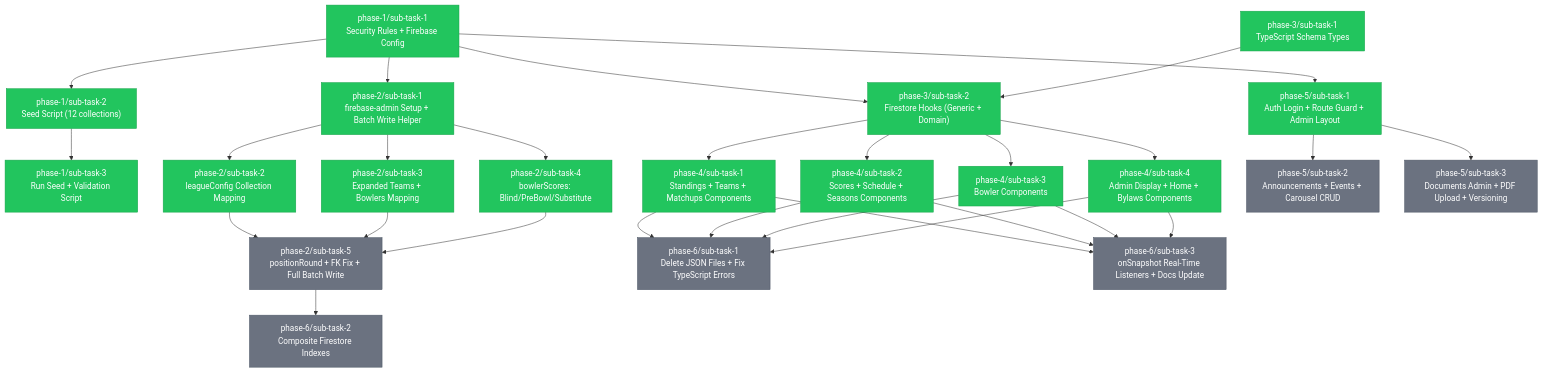
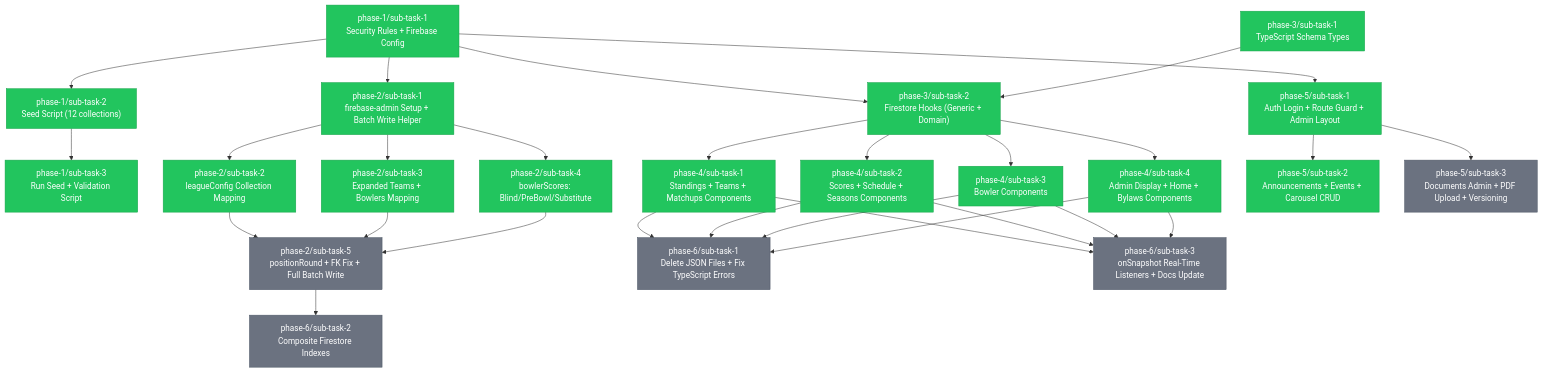
One commit to Bagwell-Oil-Imaging/late-night-happy-hour-league-site changed the diagram in .claude/tasks/TASKS.md. Above: the diagram before and after it, drawn with Mermaid. The commit also changed other lines of this file, not shown here.

```diff
--- a/.claude/tasks/TASKS.md
+++ b/.claude/tasks/TASKS.md
@@ -99,7 +99,7 @@
     class P4S3 completed
     class P4S4 completed
     class P5S1 completed
-    class P5S2 pending
+    class P5S2 completed
     class P5S3 pending
     class P6S1 pending
     class P6S2 pending
```
